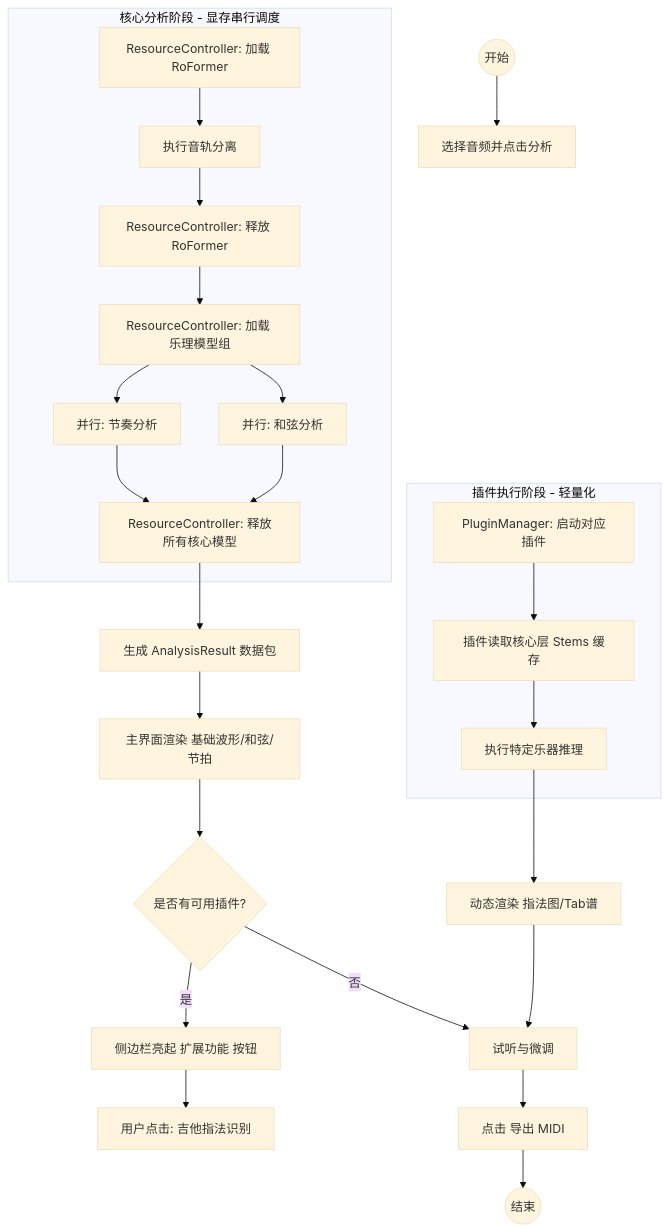
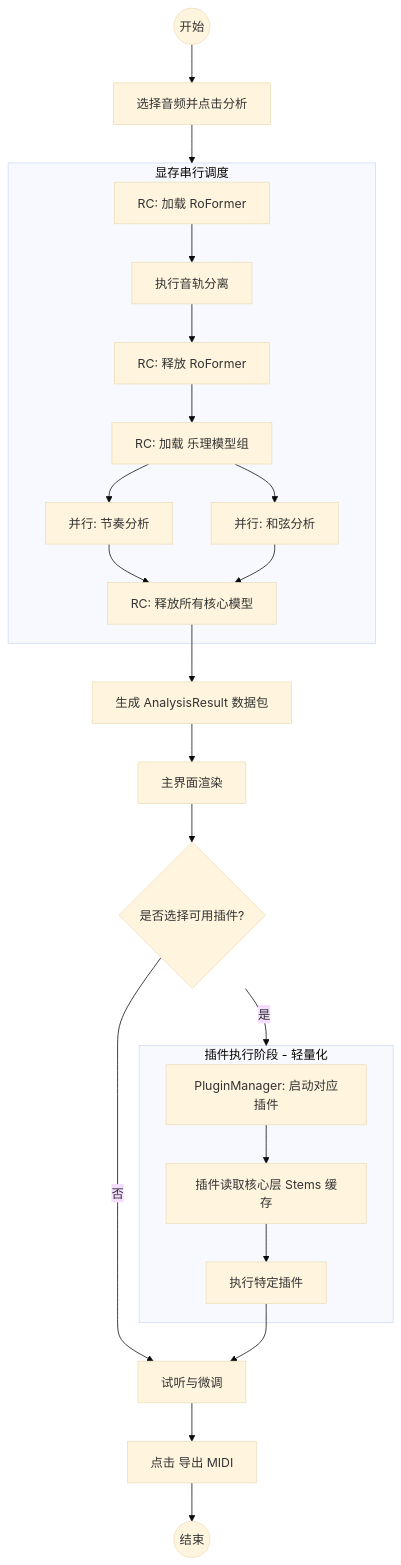
Before and after one commit to GotoMiyuki/TABsucks: the third of 3 diagrams in 需求构思与建模.md, drawn with Mermaid (base theme). The commit also changed other lines of this file, not shown here.

````diff
--- a/需求构思与建模.md
+++ b/需求构思与建模.md
@@ -207,37 +213,36 @@
 ```mermaid
 flowchart TD
     Start((开始)) --> U1[选择音频并点击分析]
     
-    subgraph Core_Analysis [核心分析阶段 - 显存串行调度]
-        S1[ResourceController: 加载 RoFormer]
+    subgraph Core_Analysis [显存串行调度]
+        S1[RC: 加载 RoFormer]
         S1 --> S2[执行音轨分离]
-        S2 --> S3[ResourceController: 释放 RoFormer]
+        S2 --> S3[RC: 释放 RoFormer]
         
-        S3 --> S4[ResourceController: 加载 乐理模型组]
+        S3 --> S4[RC: 加载 乐理模型组]
         S4 --> F1[并行: 节奏分析]
         S4 --> F2[并行: 和弦分析]
-        F1 --> S5[ResourceController: 释放所有核心模型]
+        F1 --> S5[RC: 释放所有核心模型]
         F2 --> S5
     end
+    U1 --> Core_Analysis
 
     S5 --> I1[生成 AnalysisResult 数据包]
-    I1 --> D1[主界面渲染 基础波形/和弦/节拍]
+    I1 --> D1[主界面渲染]
     
-    D1 --> CheckPlugin{是否有可用插件?}
-    CheckPlugin -- 是 --> P1[侧边栏亮起 扩展功能 按钮]
+    D1 --> CheckPlugin{是否选择可用插件?}
+    CheckPlugin -- 是 --> Plugin_Inference
     CheckPlugin -- 否 --> U3
     
-    P1 --> U2[用户点击: 吉他指法识别]
     
     subgraph Plugin_Inference [插件执行阶段 - 轻量化]
         P2[PluginManager: 启动对应插件]
         P2 --> P3[插件读取核心层 Stems 缓存]
-        P3 --> P4[执行特定乐器推理]
+        P3 --> P4[执行特定插件]
     end
     
-    P4 --> D2[动态渲染 指法图/Tab谱]
+    P4 --> U3
     U3[试听与微调] --> U4[点击 导出 MIDI]
     
-    D2 --> U3
     U4 --> End((结束))
 ```
````
